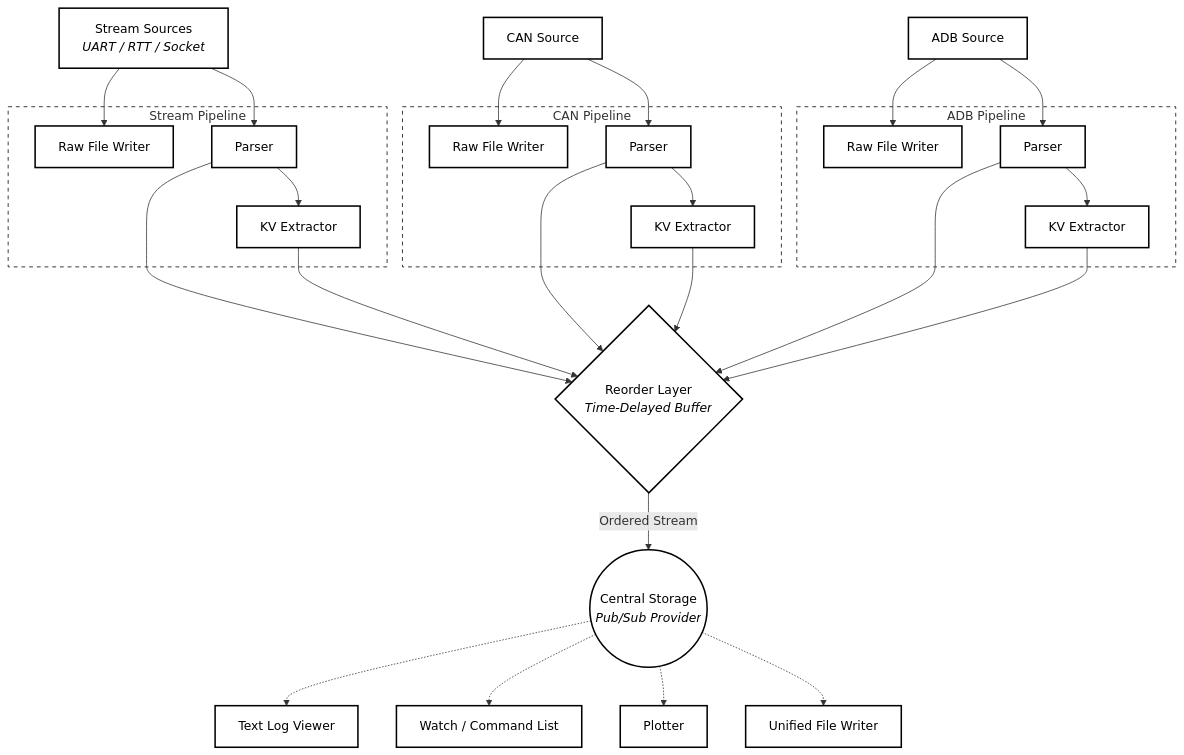
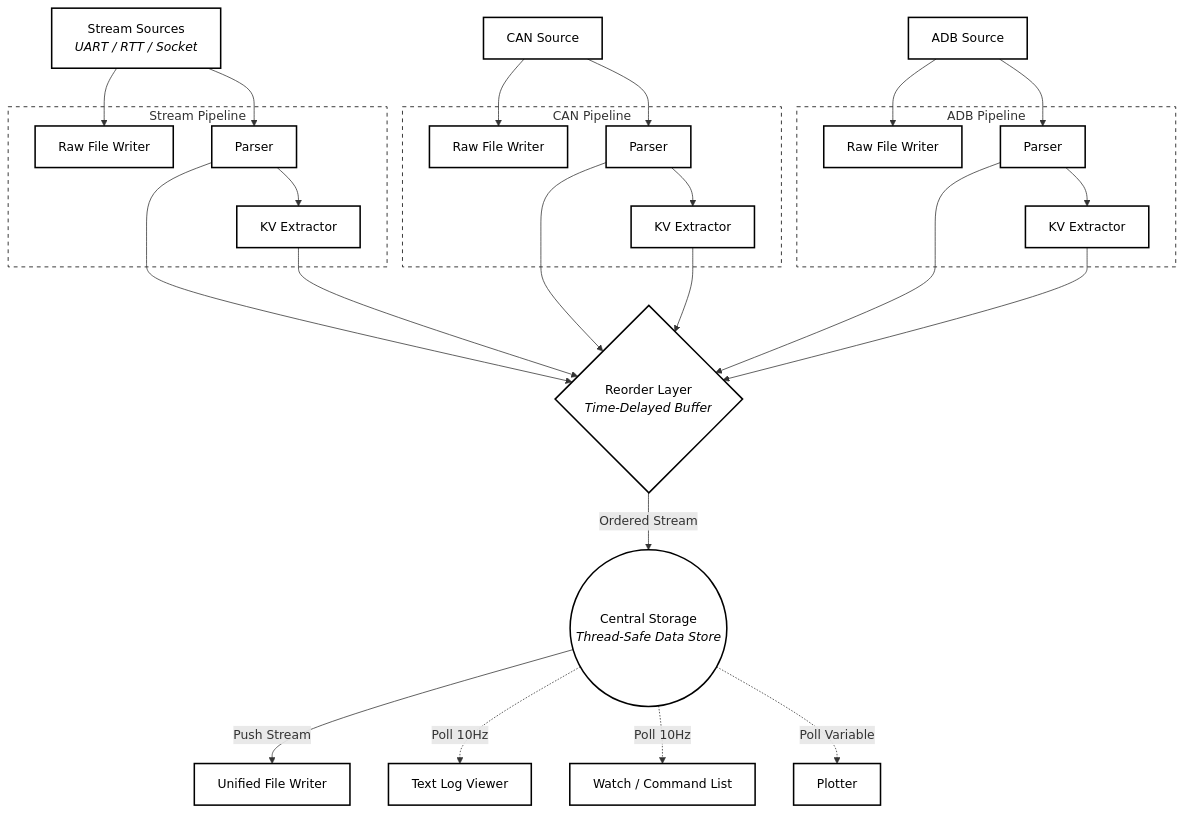
The diagram in README.md (roland2025/blinkview), drawn with Mermaid before and after one commit. The commit also changed 10 other files, not shown here.

````diff
--- a/README.md
+++ b/README.md
@@ -116,68 +116,70 @@
 ```mermaid
 graph TD
     %% Source Nodes
     StreamSource[Stream Sources <br/> <i>UART / RTT / Socket</i>]
     CAN[CAN Source]
     ADB[ADB Source]
 
     %% Pipeline Subgraphs
     subgraph Stream_Pipe [Stream Pipeline]
         Stream_Raw[Raw File Writer]
         Stream_P[Parser]
         Stream_KV[KV Extractor]
     end
 
     subgraph CAN_Pipe [CAN Pipeline]
         CAN_Raw[Raw File Writer]
         CAN_P[Parser]
         CAN_KV[KV Extractor]
     end
 
     subgraph ADB_Pipe [ADB Pipeline]
         ADB_Raw[Raw File Writer]
         ADB_P[Parser]
         ADB_KV[KV Extractor]
     end
 
     %% Reorder Logic
     Reorder{Reorder Layer <br/> <i>Time-Delayed Buffer</i>}
     
     %% Central Hub
-    Storage((Central Storage <br/> <i>Pub/Sub Provider</i>))
+    Storage((Central Storage <br/> <i>Thread-Safe Data Store</i>))
 
-    %% Output Nodes
-    LogView[Text Log Viewer]
-    WatchCmd[Watch / Command List]
-    Plotter[Plotter]
-    UWriter[Unified File Writer]
-
-    %% Flow
+    %% Flow: Sources to Reorder
     StreamSource --> Stream_Raw
     StreamSource --> Stream_P
     Stream_P --> Stream_KV
     Stream_P & Stream_KV --> Reorder
 
     CAN --> CAN_Raw
     CAN --> CAN_P
     CAN_P --> CAN_KV
     CAN_P & CAN_KV --> Reorder
 
     ADB --> ADB_Raw
     ADB --> ADB_P
     ADB_P --> ADB_KV
     ADB_P & ADB_KV --> Reorder
 
-    Reorder -- "Ordered Stream" --> Storage
-    
-    Storage -.-> LogView
-    Storage -.-> WatchCmd
-    Storage -.-> Plotter
-    Storage -.-> UWriter
+    %% Flow: Reorder to Storage
+    Reorder -- Ordered Stream --> Storage
+
+    %% Output Nodes (Consumers)
+    UWriter[Unified File Writer]
+    LogView[Text Log Viewer]
+    WatchCmd[Watch / Command List]
+    Plotter[Plotter]
+
+    %% Data Flow: Storage to Consumers
+    Storage -- Push Stream --> UWriter
+    Storage -.->|Poll 10Hz| LogView
+    Storage -.->|Poll 10Hz| WatchCmd
+    Storage -.->|Poll Variable| Plotter
 
     %% B&W Styling
     classDef bw fill:#fff,stroke:#000,stroke-width:2px,color:#000
     class StreamSource,CAN,ADB,Stream_P,CAN_P,ADB_P,Stream_KV,CAN_KV,ADB_KV,Stream_Raw,CAN_Raw,ADB_Raw,Reorder,Storage,LogView,WatchCmd,Plotter,UWriter bw
     style Stream_Pipe fill:none,stroke:#000,stroke-dasharray: 5 5
     style CAN_Pipe fill:none,stroke:#000,stroke-dasharray: 5 5
     style ADB_Pipe fill:none,stroke:#000,stroke-dasharray: 5 5
 ```
````
